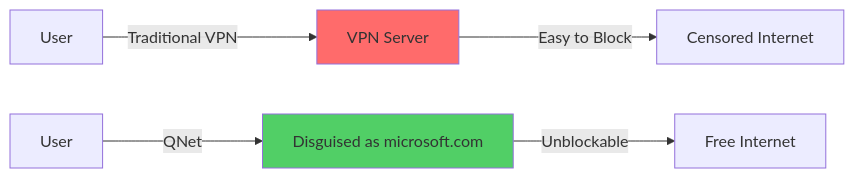
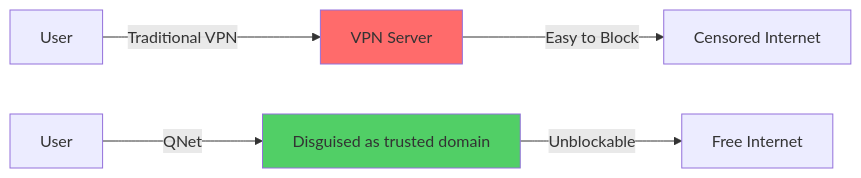
The first of 14 diagrams in README.md (QW1CKS/qnet), drawn with Mermaid before and after one commit. The commit also changed other lines of this file and 6 other files, not shown here.

````diff
--- a/README.md
+++ b/README.md
@@ -43,11 +43,11 @@
 ```mermaid
 graph LR
     A[User] -->|Traditional VPN| B[VPN Server]
     B -->|Easy to Block| C[Censored Internet]
     
-    D[User] -->|QNet| E[Disguised as microsoft.com]
+    D[User] -->|QNet| E[Disguised as trusted domain]
     E -->|Unblockable| F[Free Internet]
     
     style B fill:#ff6b6b
     style E fill:#51cf66
 ```
````
